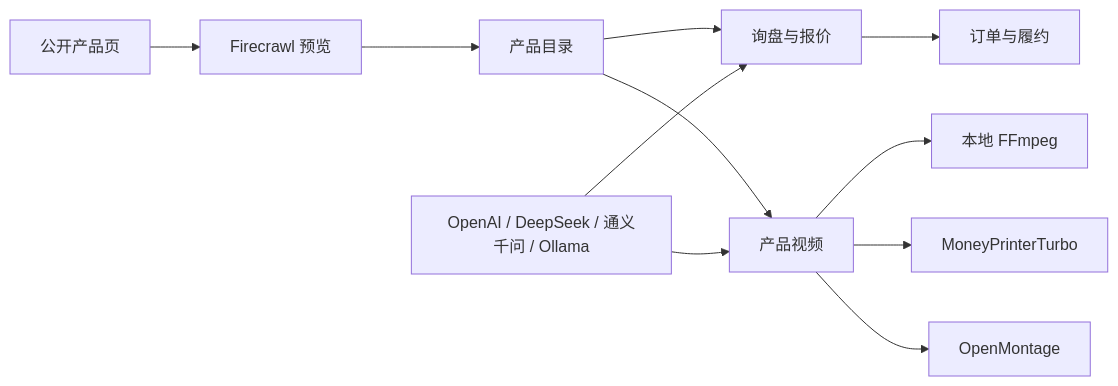
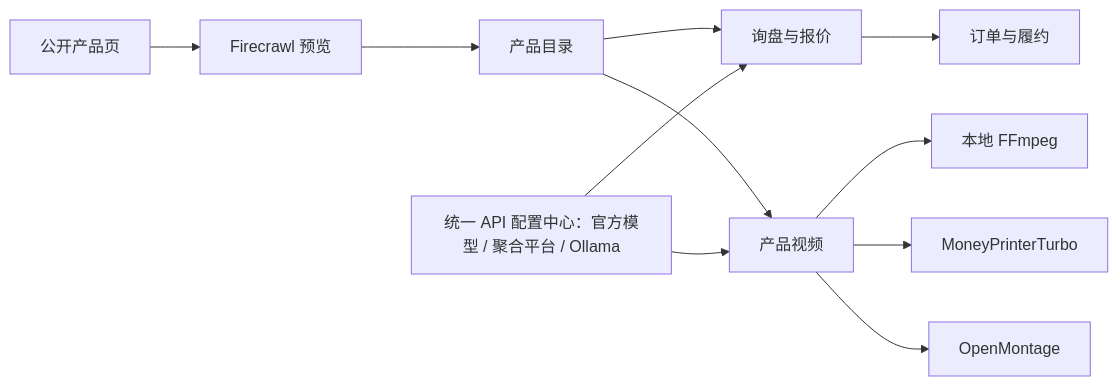
One commit to feifei9126/tradepilot changed the diagram in README.md. Above: the diagram before and after it, drawn with Mermaid. The commit also changed other lines of this file and 85 other files, not shown here.

````diff
--- a/README.md
+++ b/README.md
@@ -170,13 +214,13 @@
 ```mermaid
 flowchart LR
   A[公开产品页] --> B[Firecrawl 预览]
   B --> C[产品目录]
   C --> D[询盘与报价]
   D --> E[订单与履约]
   C --> F[产品视频]
   F --> G[本地 FFmpeg]
   F --> H[MoneyPrinterTurbo]
   F --> I[OpenMontage]
-  J[OpenAI / DeepSeek / 通义千问 / Ollama] --> D
+  J[统一 API 配置中心：官方模型 / 聚合平台 / Ollama] --> D
   J --> F
 ```
````
